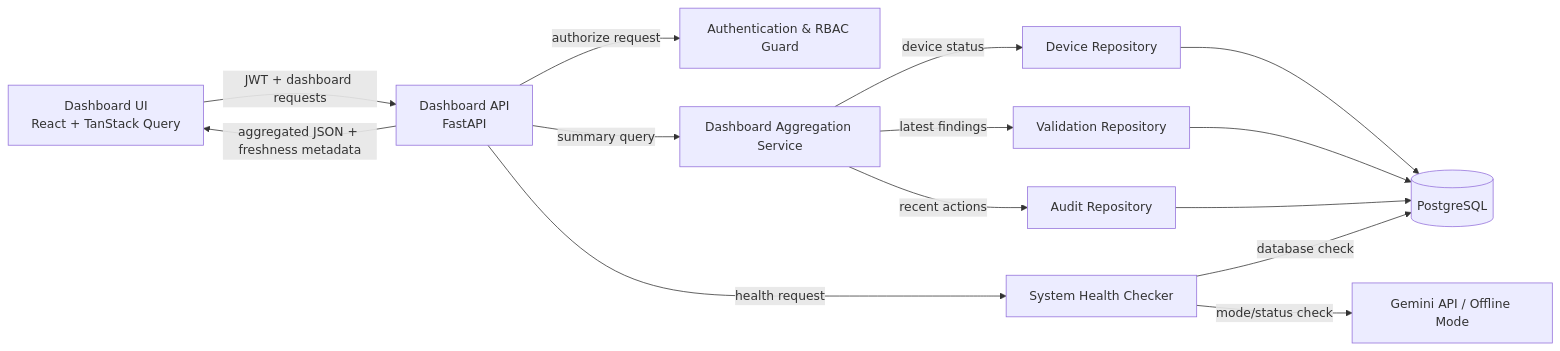
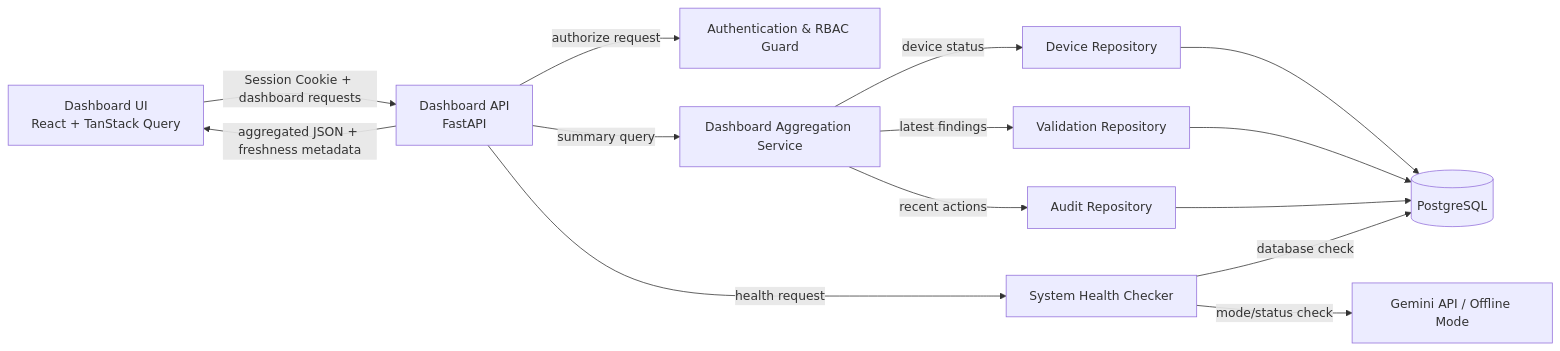
The diagram in 02_feature/01_Dashboard&Monitoring(Naphat)/03_Component Diagram.md (napgat/NyNetMate-Research), drawn with Mermaid before and after one commit. The commit also changed other lines of this file and 64 other files, not shown here.

````diff
--- a/02_feature/01_Dashboard&Monitoring(Naphat)/03_Component Diagram.md
+++ b/02_feature/01_Dashboard&Monitoring(Naphat)/03_Component Diagram.md
@@ -3,19 +5,19 @@
 ```mermaid
 flowchart LR
-    UI["Dashboard UI<br/>React + TanStack Query"] -->|JWT + dashboard requests| API["Dashboard API<br/>FastAPI"]
+    UI["Dashboard UI<br/>React + TanStack Query"] -->|Session Cookie + dashboard requests| API["Dashboard API<br/>FastAPI"]
     API -->|authorize request| RBAC["Authentication & RBAC Guard"]
     API -->|summary query| AGG["Dashboard Aggregation Service"]
     API -->|health request| HEALTH["System Health Checker"]
 
     AGG -->|device status| DEVICE["Device Repository"]
     AGG -->|latest findings| VALIDATION["Validation Repository"]
     AGG -->|recent actions| AUDIT["Audit Repository"]
 
     DEVICE --> DB[("PostgreSQL")]
     VALIDATION --> DB
     AUDIT --> DB
     HEALTH -->|database check| DB
     HEALTH -->|mode/status check| GEMINI["Gemini API / Offline Mode"]
 
     API -->|aggregated JSON + freshness metadata| UI
 ```
````
